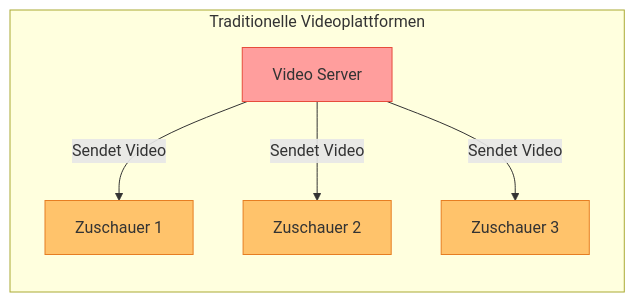
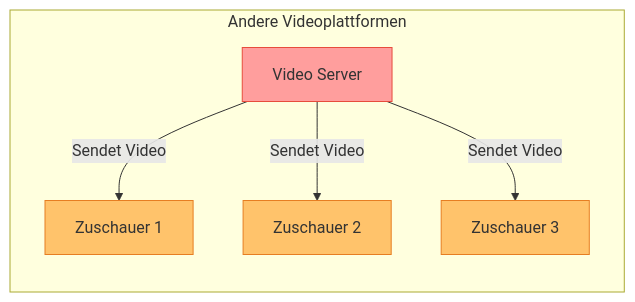
The second of 5 diagrams in slides.md (Y0ngg4n/peertube-presentation), drawn with Mermaid before and after one commit. The commit also changed other lines of this file, not shown here.

````diff
--- a/slides.md
+++ b/slides.md
@@ -110,14 +111,14 @@
 ```mermaid
 flowchart LR
-    subgraph "Traditionelle Videoplattformen"
+    subgraph "Andere Videoplattformen"
         S1[Video Server] -->|Sendet Video| V1[Zuschauer 1]
         S1 -->|Sendet Video| V2[Zuschauer 2]
         S1 -->|Sendet Video| V3[Zuschauer 3]
     end
     
     style S1 fill:#FF9E9D,stroke:#E74C3C,color:#333333
     style V1 fill:#FFC36B,stroke:#E67E22,color:#333333
     style V2 fill:#FFC36B,stroke:#E67E22,color:#333333
     style V3 fill:#FFC36B,stroke:#E67E22,color:#333333
 
 ```
````
